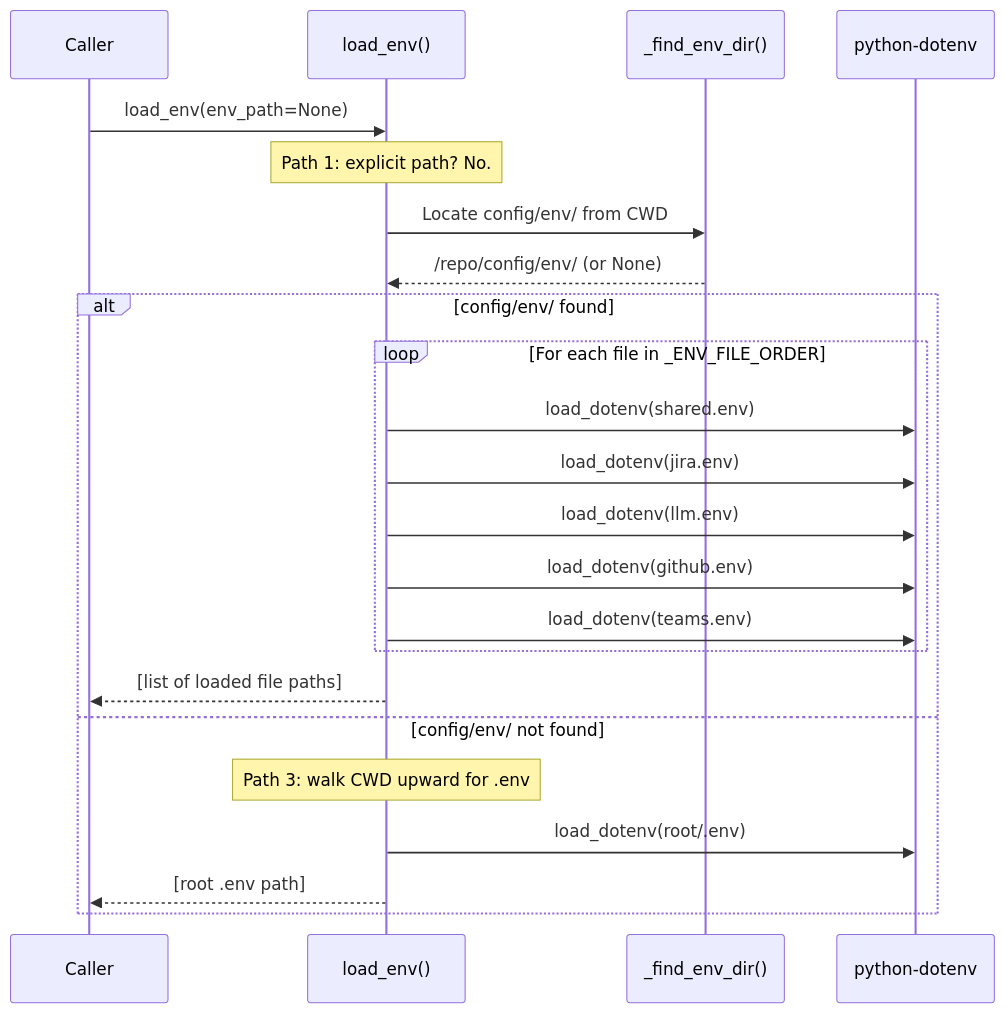
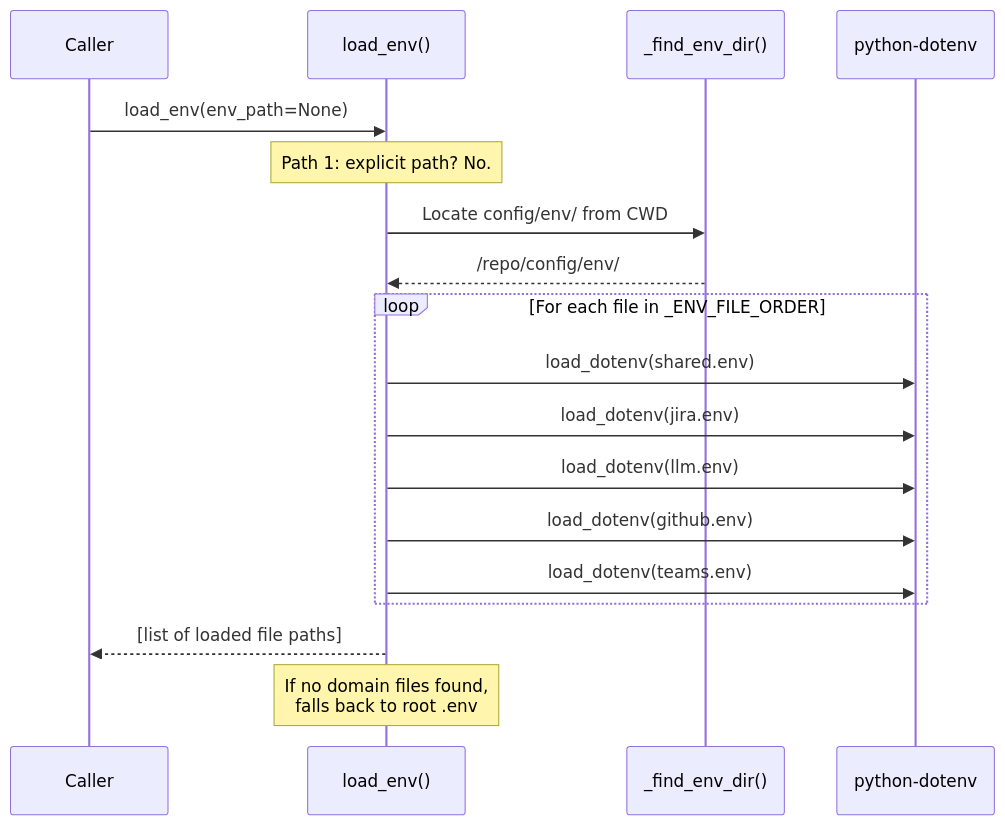
Before and after one commit to jmac-cornelis/agent-workforce: the second of 4 diagrams in docs/config.md, drawn with Mermaid. The commit also changed other lines of this file and 7 other files, not shown here.

````diff
--- a/docs/config.md
+++ b/docs/config.md
@@ -53,26 +52,21 @@
 ```mermaid
 sequenceDiagram
     participant Caller
     participant load_env as load_env()
     participant _find_env_dir as _find_env_dir()
     participant dotenv as python-dotenv
 
     Caller->>load_env: load_env(env_path=None)
     Note over load_env: Path 1: explicit path? No.
     load_env->>_find_env_dir: Locate config/env/ from CWD
-    _find_env_dir-->>load_env: /repo/config/env/ (or None)
-    alt config/env/ found
-        loop For each file in _ENV_FILE_ORDER
-            load_env->>dotenv: load_dotenv(shared.env)
-            load_env->>dotenv: load_dotenv(jira.env)
-            load_env->>dotenv: load_dotenv(llm.env)
-            load_env->>dotenv: load_dotenv(github.env)
-            load_env->>dotenv: load_dotenv(teams.env)
-        end
-        load_env-->>Caller: [list of loaded file paths]
-    else config/env/ not found
-        Note over load_env: Path 3: walk CWD upward for .env
-        load_env->>dotenv: load_dotenv(root/.env)
-        load_env-->>Caller: [root .env path]
+    _find_env_dir-->>load_env: /repo/config/env/
+    loop For each file in _ENV_FILE_ORDER
+        load_env->>dotenv: load_dotenv(shared.env)
+        load_env->>dotenv: load_dotenv(jira.env)
+        load_env->>dotenv: load_dotenv(llm.env)
+        load_env->>dotenv: load_dotenv(github.env)
+        load_env->>dotenv: load_dotenv(teams.env)
     end
+    load_env-->>Caller: [list of loaded file paths]
+    Note over load_env: If no domain files found,<br/>falls back to root .env
 ```
````
